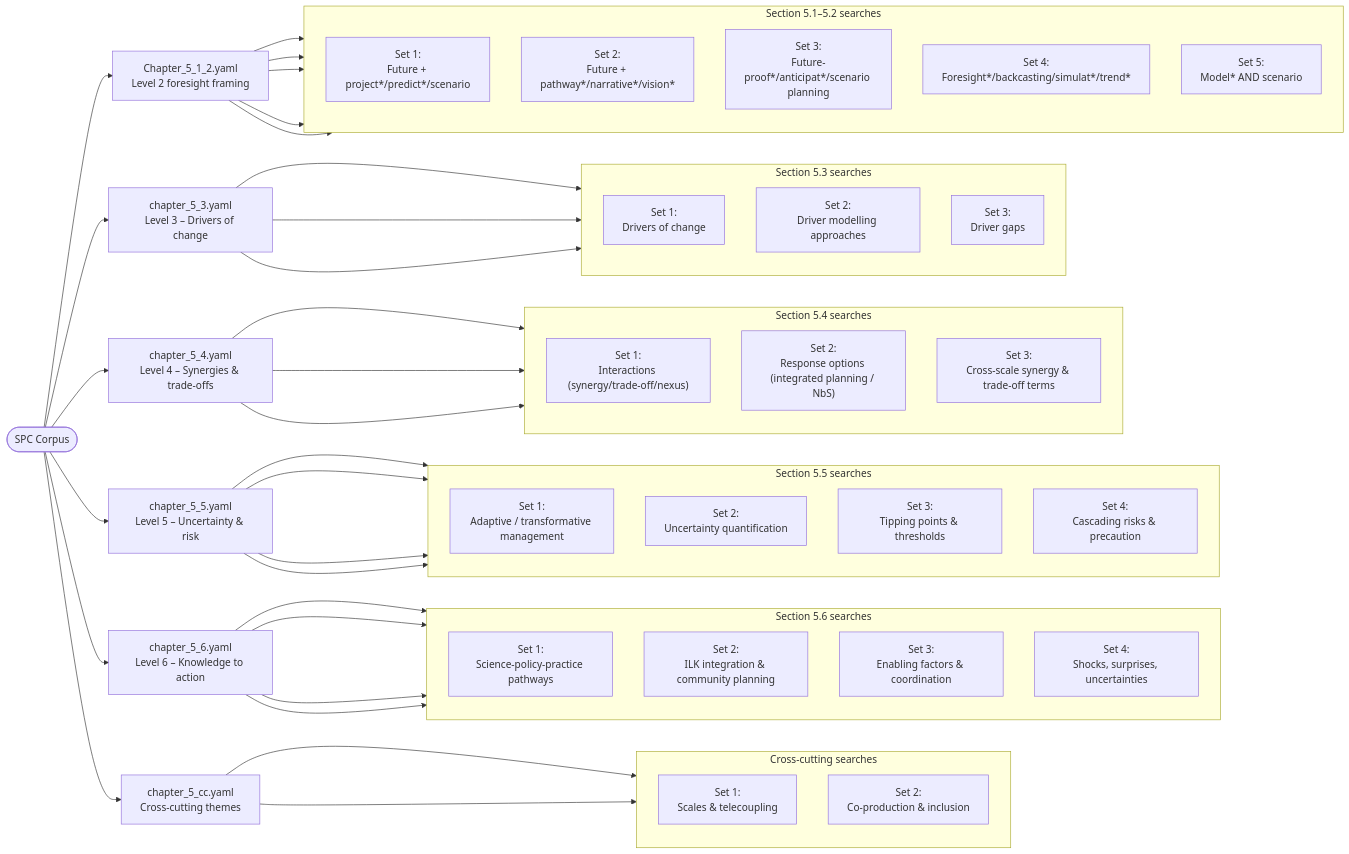
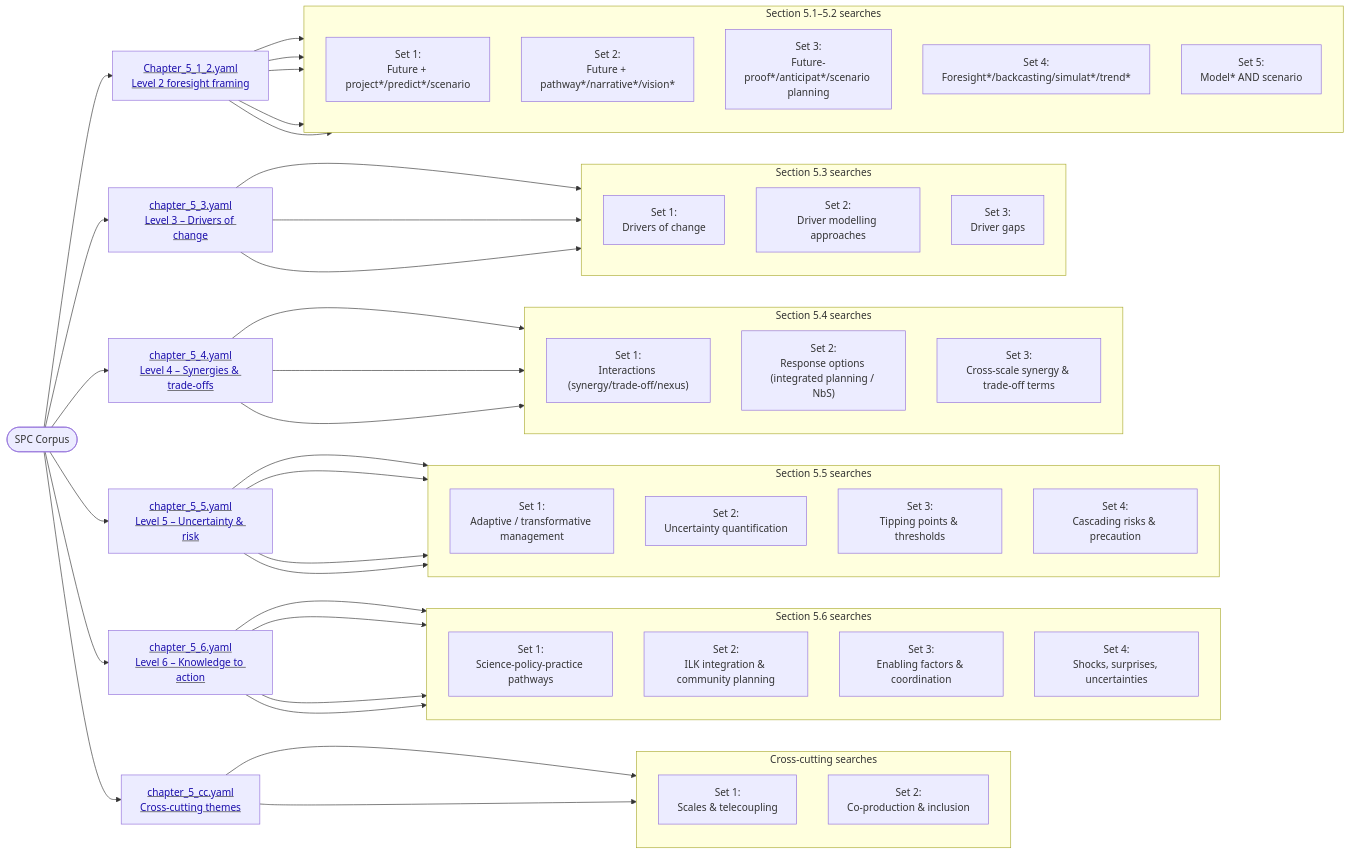
One commit to gabriellabishop/IPBES_SPC_Corpus changed the diagram in figures/chapter5.mmd. Above: the diagram before and after it, drawn with Mermaid. The commit also changed 15 other files, not shown here.

Commit message:
Highlighted links in charts, fixed apostrophe etc issues

```diff
--- a/figures/chapter5.mmd
+++ b/figures/chapter5.mmd
@@ -1,79 +1,80 @@
+%%{init: {'flowchart': {'htmlLabels': true}}}%%
 flowchart LR
-    Start([SPC Corpus]) --> Ch5L2["Chapter_5_1_2.yaml<br/>Level 2 foresight framing"]
+    Start([SPC Corpus]) --> Ch5L2["<u><span style='color:#1a0dab;'>Chapter_5_1_2.yaml<br/>Level 2 foresight framing</span></u>"]
     click Ch5L2 "./input/search_terms/Chapter_5_1_2.yaml" "Open Chapter_5_1_2.yaml"
 
     subgraph L2Sets["Section 5.1–5.2 searches"]
         direction TB
         C5_1["Set 1:<br/>Future + project*/predict*/scenario"]
         C5_2["Set 2:<br/>Future + pathway*/narrative*/vision*"]
         C5_3["Set 3:<br/>Future-proof*/anticipat*/scenario planning"]
         C5_4["Set 4:<br/>Foresight*/backcasting/simulat*/trend*"]
         C5_5["Set 5:<br/>Model* AND scenario"]
     end
     Ch5L2 --> C5_1
     Ch5L2 --> C5_2
     Ch5L2 --> C5_3
     Ch5L2 --> C5_4
     Ch5L2 --> C5_5
 
-    Start --> Ch5L3["chapter_5_3.yaml<br/>Level 3 – Drivers of change"]
+    Start --> Ch5L3["<u><span style='color:#1a0dab;'>chapter_5_3.yaml<br/>Level 3 – Drivers of change</span></u>"]
     click Ch5L3 "./input/search_terms/chapter_5_3.yaml" "Open chapter_5_3.yaml"
     subgraph L3Sets["Section 5.3 searches"]
         direction TB
         C5_3a["Set 1:<br/>Drivers of change"]
         C5_3b["Set 2:<br/>Driver modelling approaches"]
         C5_3c["Set 3:<br/>Driver gaps"]
     end
     Ch5L3 --> C5_3a
     Ch5L3 --> C5_3b
     Ch5L3 --> C5_3c
 
-    Start --> Ch5L4["chapter_5_4.yaml<br/>Level 4 – Synergies & trade-offs"]
+    Start --> Ch5L4["<u><span style='color:#1a0dab;'>chapter_5_4.yaml<br/>Level 4 – Synergies & trade-offs</span></u>"]
     click Ch5L4 "./input/search_terms/chapter_5_4.yaml" "Open chapter_5_4.yaml"
     subgraph L4Sets["Section 5.4 searches"]
         direction TB
         C5_4a["Set 1:<br/>Interactions (synergy/trade-off/nexus)"]
         C5_4b["Set 2:<br/>Response options (integrated planning / NbS)"]
         C5_4c["Set 3:<br/>Cross-scale synergy & trade-off terms"]
     end
     Ch5L4 --> C5_4a
     Ch5L4 --> C5_4b
     Ch5L4 --> C5_4c
 
-    Start --> Ch5L5["chapter_5_5.yaml<br/>Level 5 – Uncertainty & risk"]
+    Start --> Ch5L5["<u><span style='color:#1a0dab;'>chapter_5_5.yaml<br/>Level 5 – Uncertainty & risk</span></u>"]
     click Ch5L5 "./input/search_terms/chapter_5_5.yaml" "Open chapter_5_5.yaml"
     subgraph L5Sets["Section 5.5 searches"]
         direction TB
         C5_5a["Set 1:<br/>Adaptive / transformative management"]
         C5_5b["Set 2:<br/>Uncertainty quantification"]
         C5_5c["Set 3:<br/>Tipping points & thresholds"]
         C5_5d["Set 4:<br/>Cascading risks & precaution"]
     end
     Ch5L5 --> C5_5a
     Ch5L5 --> C5_5b
     Ch5L5 --> C5_5c
     Ch5L5 --> C5_5d
 
-    Start --> Ch5L6["chapter_5_6.yaml<br/>Level 6 – Knowledge to action"]
+    Start --> Ch5L6["<u><span style='color:#1a0dab;'>chapter_5_6.yaml<br/>Level 6 – Knowledge to action</span></u>"]
     click Ch5L6 "./input/search_terms/chapter_5_6.yaml" "Open chapter_5_6.yaml"
     subgraph L6Sets["Section 5.6 searches"]
         direction TB
         C5_6a["Set 1:<br/>Science-policy-practice pathways"]
         C5_6b["Set 2:<br/>ILK integration & community planning"]
         C5_6c["Set 3:<br/>Enabling factors & coordination"]
         C5_6d["Set 4:<br/>Shocks, surprises, uncertainties"]
     end
     Ch5L6 --> C5_6a
     Ch5L6 --> C5_6b
     Ch5L6 --> C5_6c
     Ch5L6 --> C5_6d
 
-    Start --> Ch5CC["chapter_5_cc.yaml<br/>Cross-cutting themes"]
+    Start --> Ch5CC["<u><span style='color:#1a0dab;'>chapter_5_cc.yaml<br/>Cross-cutting themes</span></u>"]
     click Ch5CC "./input/search_terms/chapter_5_cc.yaml" "Open chapter_5_cc.yaml"
     subgraph CCSets["Cross-cutting searches"]
         direction TB
         CC1["Set 1:<br/>Scales & telecoupling"]
         CC2["Set 2:<br/>Co-production & inclusion"]
     end
     Ch5CC --> CC1
     Ch5CC --> CC2
```
